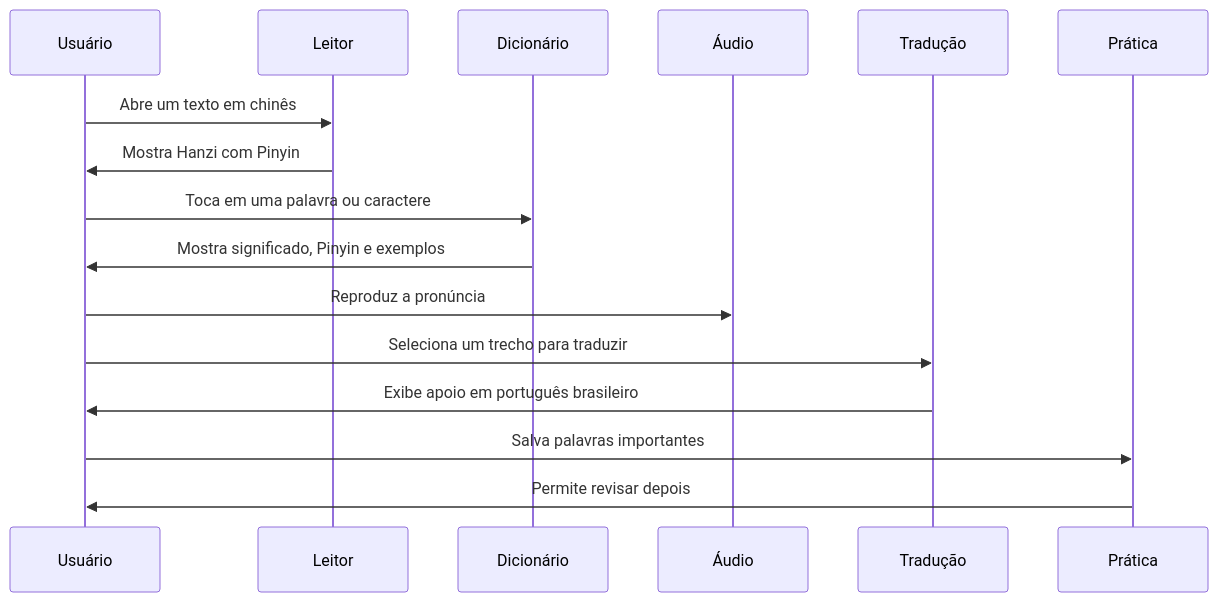
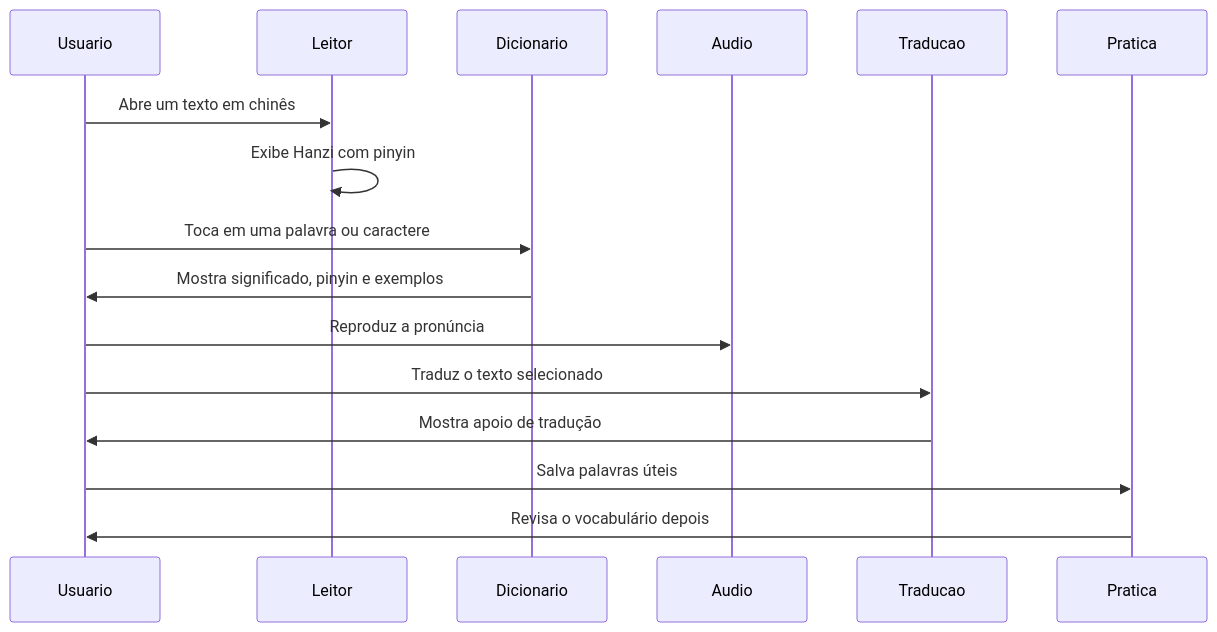
Before and after one commit to HyakkimaruPY/Hanzi-Reader: the third of 6 diagrams in LEIAME-PT-BR.md, drawn with Mermaid. The commit also changed other lines of this file, not shown here.

````diff
--- a/LEIAME-PT-BR.md
+++ b/LEIAME-PT-BR.md
@@ -208,19 +133,19 @@
 ```mermaid
 sequenceDiagram
-    participant Usuario as Usuário
-    participant Leitor as Leitor
-    participant Dicionario as Dicionário
-    participant Audio as Áudio
-    participant Traducao as Tradução
-    participant Pratica as Prática
+    participant Usuario
+    participant Leitor
+    participant Dicionario
+    participant Audio
+    participant Traducao
+    participant Pratica
 
     Usuario->>Leitor: Abre um texto em chinês
-    Leitor->>Usuario: Mostra Hanzi com Pinyin
+    Leitor->>Leitor: Exibe Hanzi com pinyin
     Usuario->>Dicionario: Toca em uma palavra ou caractere
-    Dicionario->>Usuario: Mostra significado, Pinyin e exemplos
+    Dicionario->>Usuario: Mostra significado, pinyin e exemplos
     Usuario->>Audio: Reproduz a pronúncia
-    Usuario->>Traducao: Seleciona um trecho para traduzir
-    Traducao->>Usuario: Exibe apoio em português brasileiro
-    Usuario->>Pratica: Salva palavras importantes
-    Pratica->>Usuario: Permite revisar depois
+    Usuario->>Traducao: Traduz o texto selecionado
+    Traducao->>Usuario: Mostra apoio de tradução
+    Usuario->>Pratica: Salva palavras úteis
+    Pratica->>Usuario: Revisa o vocabulário depois
 ```
````
